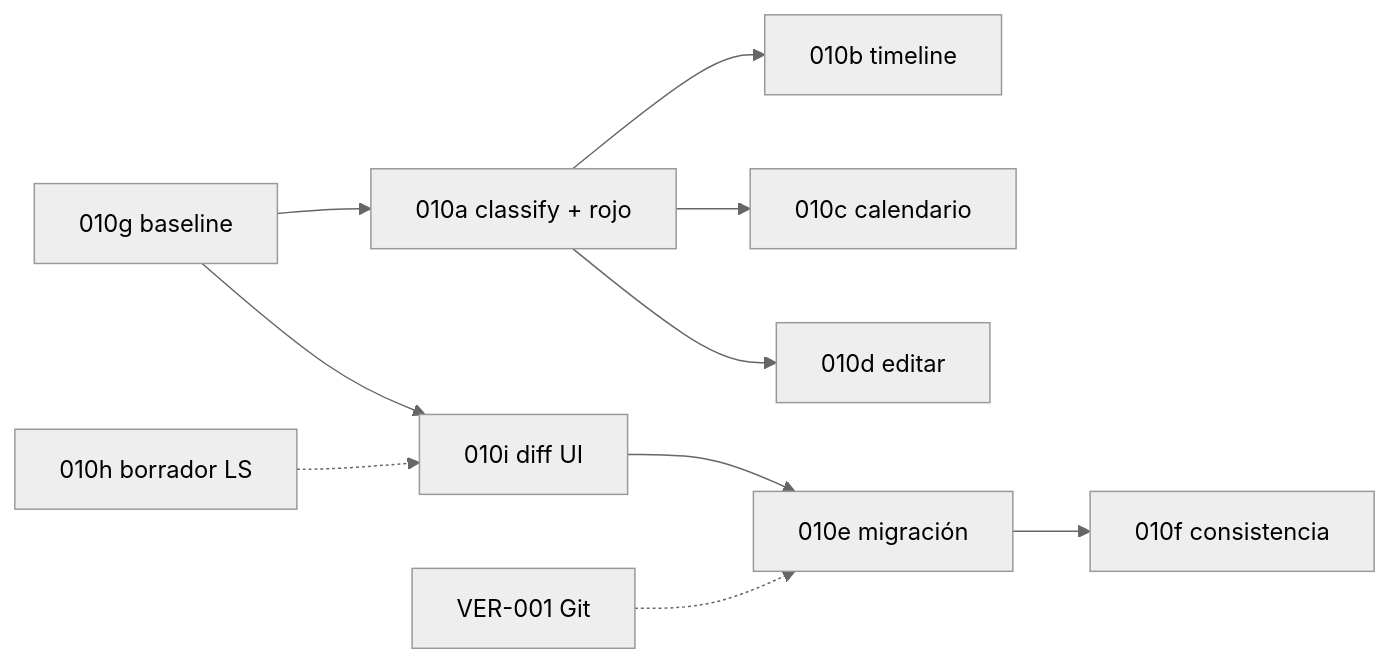
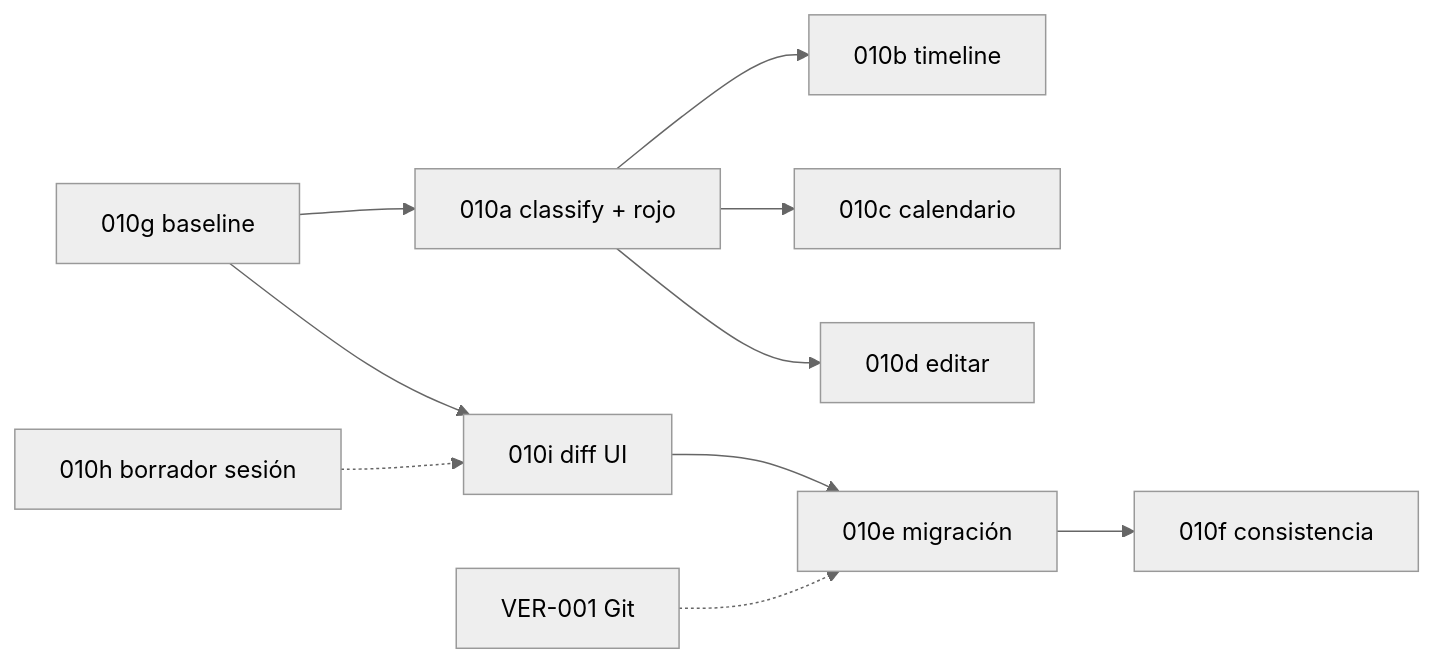
Before and after one commit to ZackScd/NarraLith: the diagram in _docs2/specs/plans/Fase D/FIX-010-calendar-stale-time-chips.md, drawn with Mermaid (neutral theme). The commit also changed other lines of this file and 9 other files, not shown here.

````diff
--- a/_docs2/specs/plans/Fase D/FIX-010-calendar-stale-time-chips.md
+++ b/_docs2/specs/plans/Fase D/FIX-010-calendar-stale-time-chips.md
@@ -38,12 +38,12 @@
 ```mermaid
 flowchart LR
   g[010g baseline] --> a[010a classify + rojo]
   a --> b[010b timeline]
   a --> c[010c calendario]
   a --> d[010d editar]
   g --> i[010i diff UI]
   i --> e[010e migración]
-  h[010h borrador LS] -.-> i
+  h[010h borrador sesión] -.-> i
   e --> f[010f consistencia]
   ver[VER-001 Git] -.-> e
 ```
````
